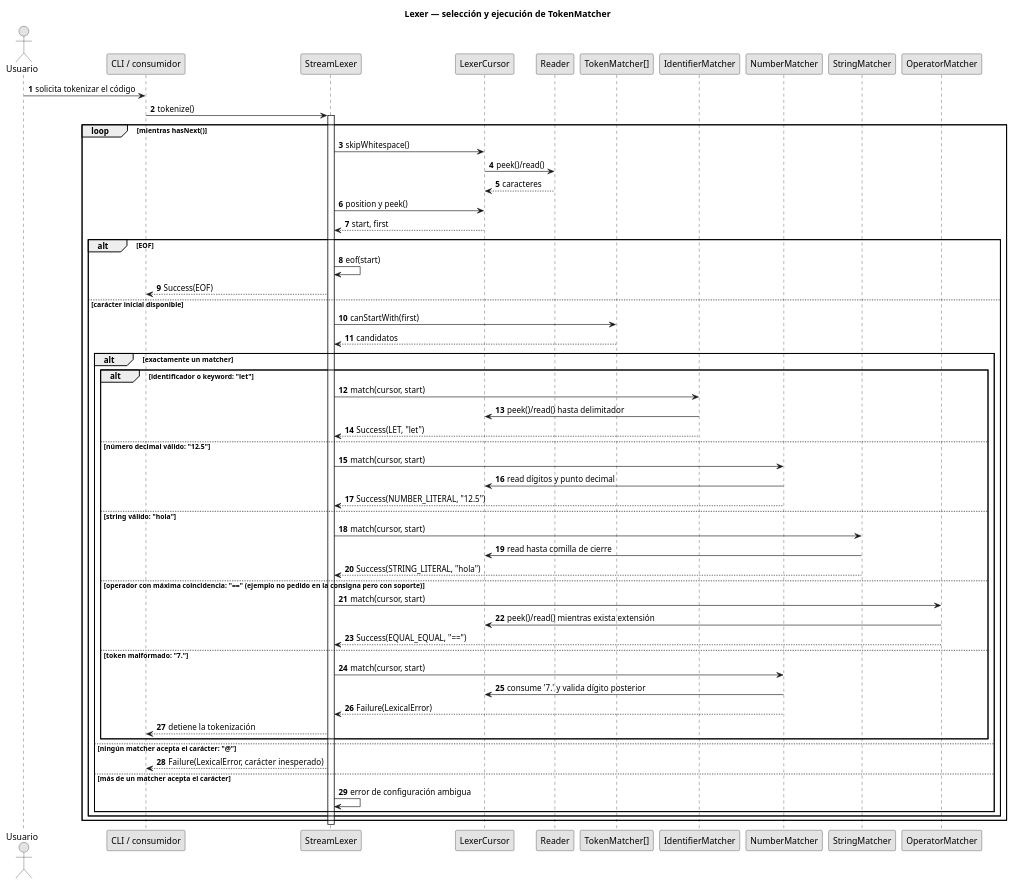
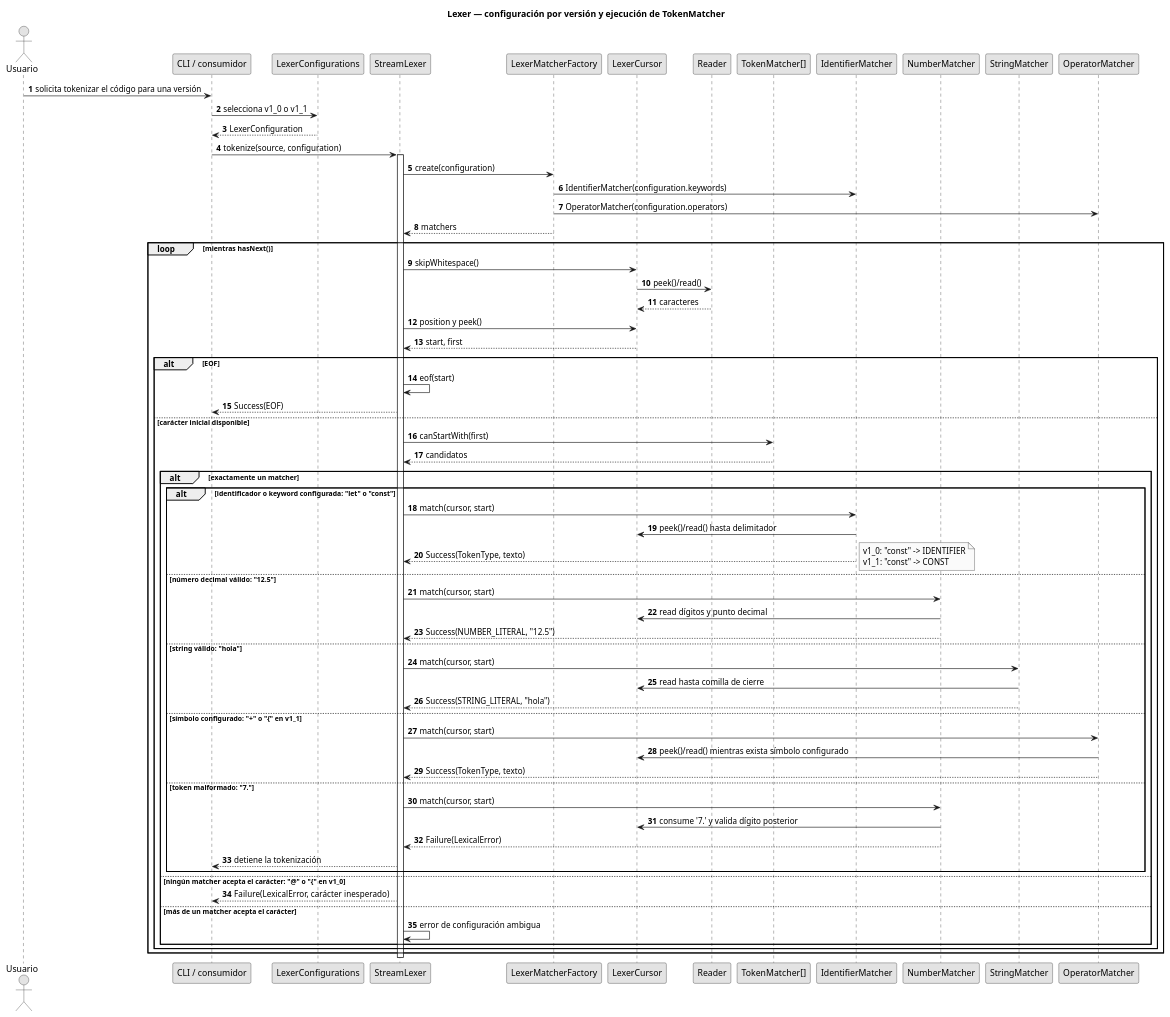
Before and after one commit to printScript-ingsis-vlt/print-script-ingsis: the diagram in docs/diagrams/lexer-sequence.puml, drawn with PlantUML. The commit also changed 1 other file, not shown here.

Commit message:
docs: Documentacion del lexer actualizada, life-cycle y lexer-sequence

```diff
--- a/docs/diagrams/lexer-sequence.puml
+++ b/docs/diagrams/lexer-sequence.puml
@@ -1,77 +1,90 @@
 @startuml
-title Lexer — selección y ejecución de TokenMatcher
+title Lexer — configuración por versión y ejecución de TokenMatcher
 
 skinparam monochrome true
 skinparam shadowing false
 autonumber
 
 actor Usuario
 participant "CLI / consumidor" as Consumer
+participant "LexerConfigurations" as Configurations
 participant "StreamLexer" as Lexer
+participant "LexerMatcherFactory" as Factory
 participant "LexerCursor" as Cursor
 participant "Reader" as Input
 participant "TokenMatcher[]" as Matchers
 participant "IdentifierMatcher" as Identifier
 participant "NumberMatcher" as Number
 participant "StringMatcher" as String
 participant "OperatorMatcher" as Operator
 
-Usuario -> Consumer : solicita tokenizar el código
-Consumer -> Lexer : tokenize()
+Usuario -> Consumer : solicita tokenizar el código para una versión
+Consumer -> Configurations : selecciona v1_0 o v1_1
+Configurations --> Consumer : LexerConfiguration
+Consumer -> Lexer : tokenize(source, configuration)
 activate Lexer
+
+Lexer -> Factory : create(configuration)
+Factory -> Identifier : IdentifierMatcher(configuration.keywords)
+Factory -> Operator : OperatorMatcher(configuration.operators)
+Factory --> Lexer : matchers
 
 loop mientras hasNext()
   Lexer -> Cursor : skipWhitespace()
   Cursor -> Input : peek()/read()
   Input --> Cursor : caracteres
 
   Lexer -> Cursor : position y peek()
   Cursor --> Lexer : start, first
 
   alt EOF
     Lexer -> Lexer : eof(start)
     Lexer --> Consumer : Success(EOF)
 
   else carácter inicial disponible
     Lexer -> Matchers : canStartWith(first)
     Matchers --> Lexer : candidatos
 
     alt exactamente un matcher
-      alt identificador o keyword: "let"
+      alt identificador o keyword configurada: "let" o "const"
         Lexer -> Identifier : match(cursor, start)
         Identifier -> Cursor : peek()/read() hasta delimitador
-        Identifier --> Lexer : Success(LET, "let")
+        Identifier --> Lexer : Success(TokenType, texto)
+        note right
+          v1_0: "const" -> IDENTIFIER
+          v1_1: "const" -> CONST
+        end note
 
       else número decimal válido: "12.5"
         Lexer -> Number : match(cursor, start)
         Number -> Cursor : read dígitos y punto decimal
         Number --> Lexer : Success(NUMBER_LITERAL, "12.5")
 
       else string válido: "hola"
         Lexer -> String : match(cursor, start)
         String -> Cursor : read hasta comilla de cierre
         String --> Lexer : Success(STRING_LITERAL, "hola")
 
-      else operador con máxima coincidencia: "==" (ejemplo no pedido en la consigna pero con soporte)
+      else símbolo configurado: "+" o "{" en v1_1
         Lexer -> Operator : match(cursor, start)
-        Operator -> Cursor : peek()/read() mientras exista extensión
-        Operator --> Lexer : Success(EQUAL_EQUAL, "==")
+        Operator -> Cursor : peek()/read() mientras exista símbolo configurado
+        Operator --> Lexer : Success(TokenType, texto)
 
       else token malformado: "7."
         Lexer -> Number : match(cursor, start)
         Number -> Cursor : consume '7.' y valida dígito posterior
         Number --> Lexer : Failure(LexicalError)
         Lexer --> Consumer : detiene la tokenización
       end
 
-    else ningún matcher acepta el carácter: "@"
+    else ningún matcher acepta el carácter: "@" o "{" en v1_0
       Lexer --> Consumer : Failure(LexicalError, carácter inesperado)
 
     else más de un matcher acepta el carácter
       Lexer -> Lexer : error de configuración ambigua
     end
   end
 end
 
 deactivate Lexer
 @enduml
```
